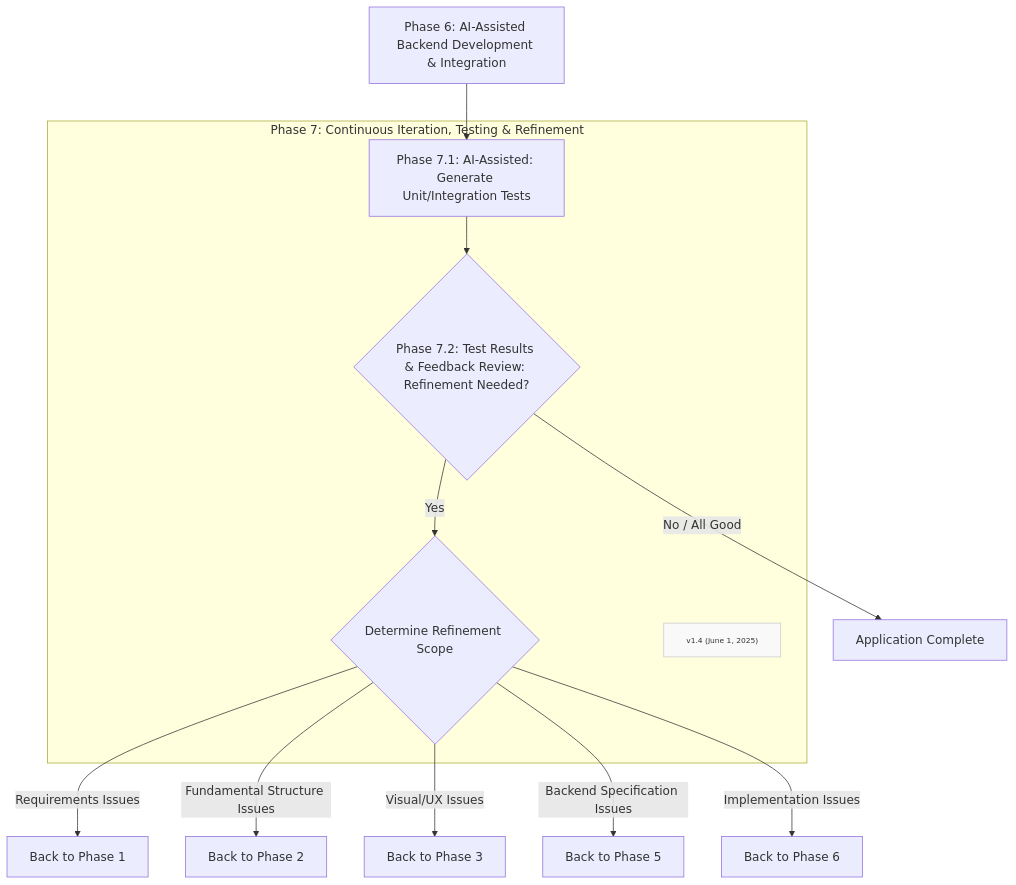
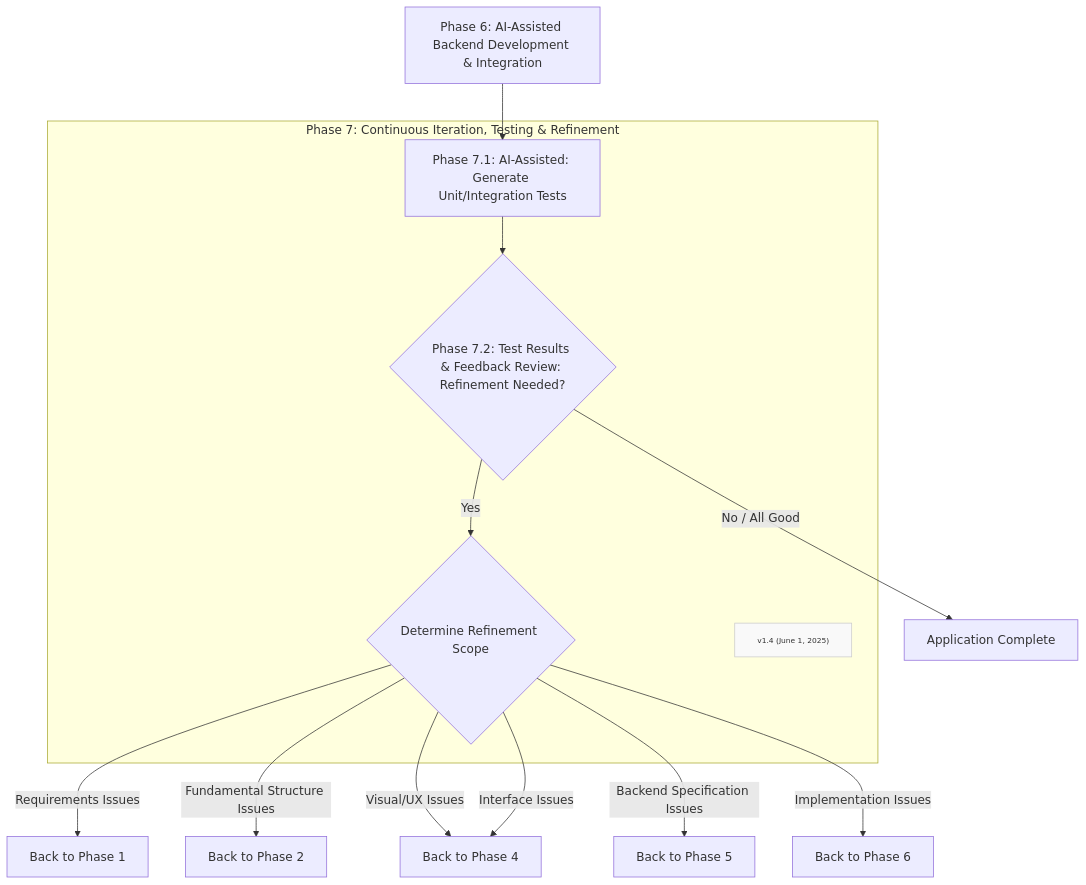
The diagram in Method/FF-phase7.md (Mharbulous/Front-First-Method), drawn with Mermaid before and after one commit.

Commit message:
REfined phase 7 diagrams

````diff
--- a/Method/FF-phase7.md
+++ b/Method/FF-phase7.md
@@ -1,22 +1,23 @@
 ```mermaid
 graph TD
     Phase6["Phase 6: AI-Assisted Backend Development & Integration"] --> Phase7_1
 
     subgraph Phase7 ["Phase 7: Continuous Iteration, Testing & Refinement"]
         Phase7_1["Phase 7.1: AI-Assisted: Generate Unit/Integration Tests"] --> Phase7_2_Val{"Phase 7.2: Test Results & Feedback Review: Refinement Needed?"}
         
         Phase7_2_Val -->|Yes| RefineDecision{"Determine Refinement Scope"}
         
         Version["v1.4 (June 1, 2025)"]
         classDef version fill:#f9f9f9,stroke:#ccc,font-size:10px
         class Version version
     end
 
 RefineDecision -->|Requirements Issues| Back2Phase1["Back to Phase 1"]
 RefineDecision -->|Fundamental Structure Issues| Back2Phase2["Back to Phase 2"]
 RefineDecision -->|Visual/UX Issues| Back2Phase3["Back to Phase 3"]
+RefineDecision -->|Interface Issues| Back2Phase3["Back to Phase 4"]
 RefineDecision -->|Backend Specification Issues| Back2Phase5["Back to Phase 5"]
 RefineDecision -->|Implementation Issues| Back2Phase6["Back to Phase 6"]
 
 Phase7_2_Val -->|No / All Good| ApplicationComplete["Application Complete"]
 ```
````
